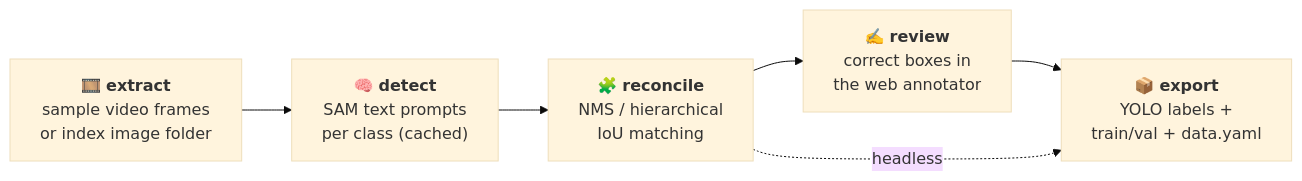
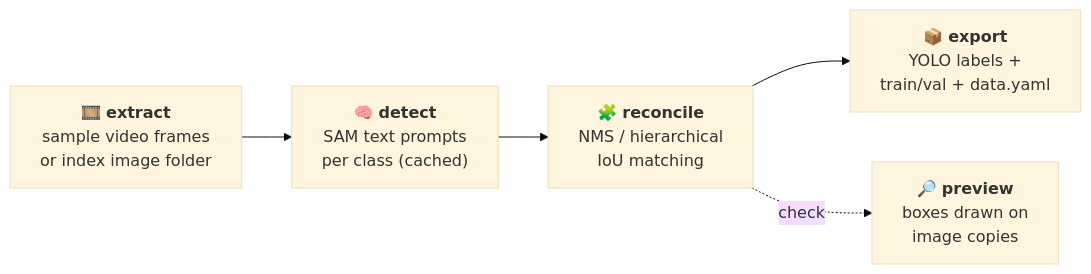
One commit to afnanfarooq/samotate changed the diagram in README.md. Above: the diagram before and after it, drawn with Mermaid (base theme). The commit also changed other lines of this file and 30 other files, not shown here.

````diff
--- a/README.md
+++ b/README.md
@@ -99,8 +95,7 @@
 ```mermaid
 flowchart LR
     A["🎞️ <b>extract</b><br/>sample video frames<br/>or index image folder"] --> B["🧠 <b>detect</b><br/>SAM text prompts<br/>per class (cached)"]
     B --> C["🧩 <b>reconcile</b><br/>NMS / hierarchical<br/>IoU matching"]
-    C --> D["✍️ <b>review</b><br/>correct boxes in<br/>the web annotator"]
-    D --> E["📦 <b>export</b><br/>YOLO labels +<br/>train/val + data.yaml"]
-    C -. headless .-> E
+    C --> E["📦 <b>export</b><br/>YOLO labels +<br/>train/val + data.yaml"]
+    C -. check .-> D["🔎 <b>preview</b><br/>boxes drawn on<br/>image copies"]
 ```
````
